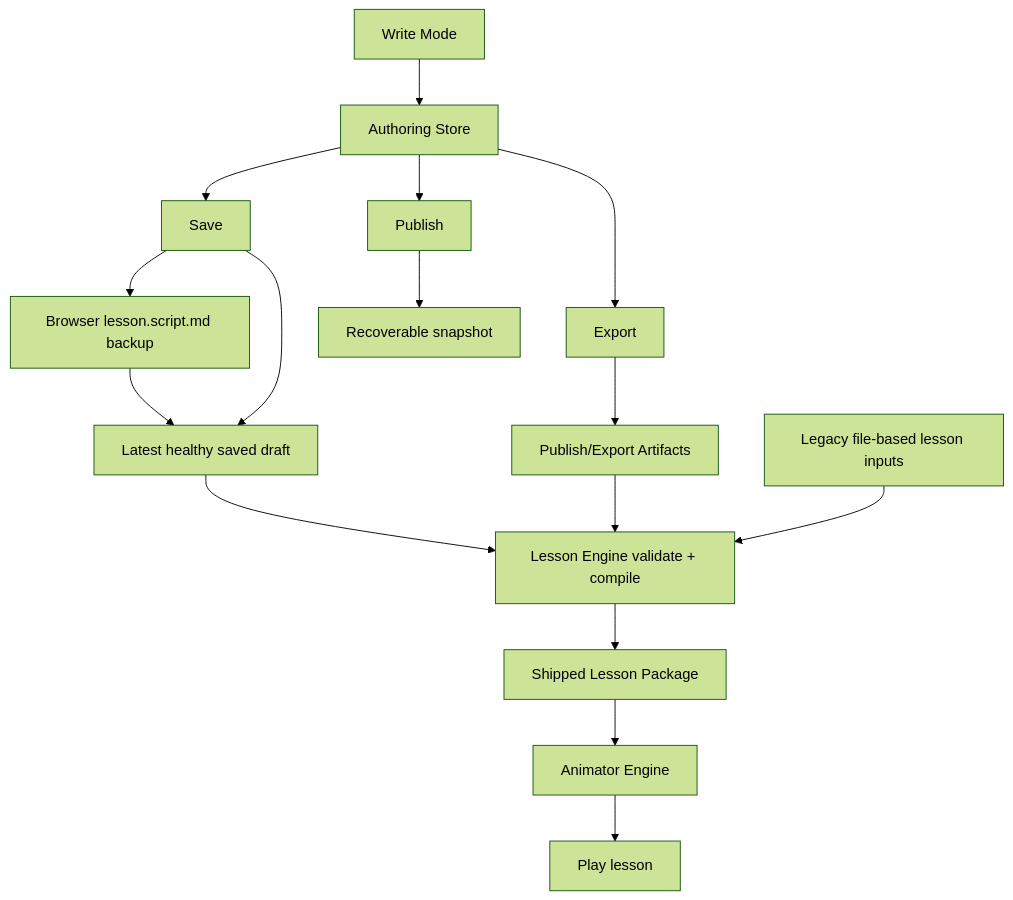
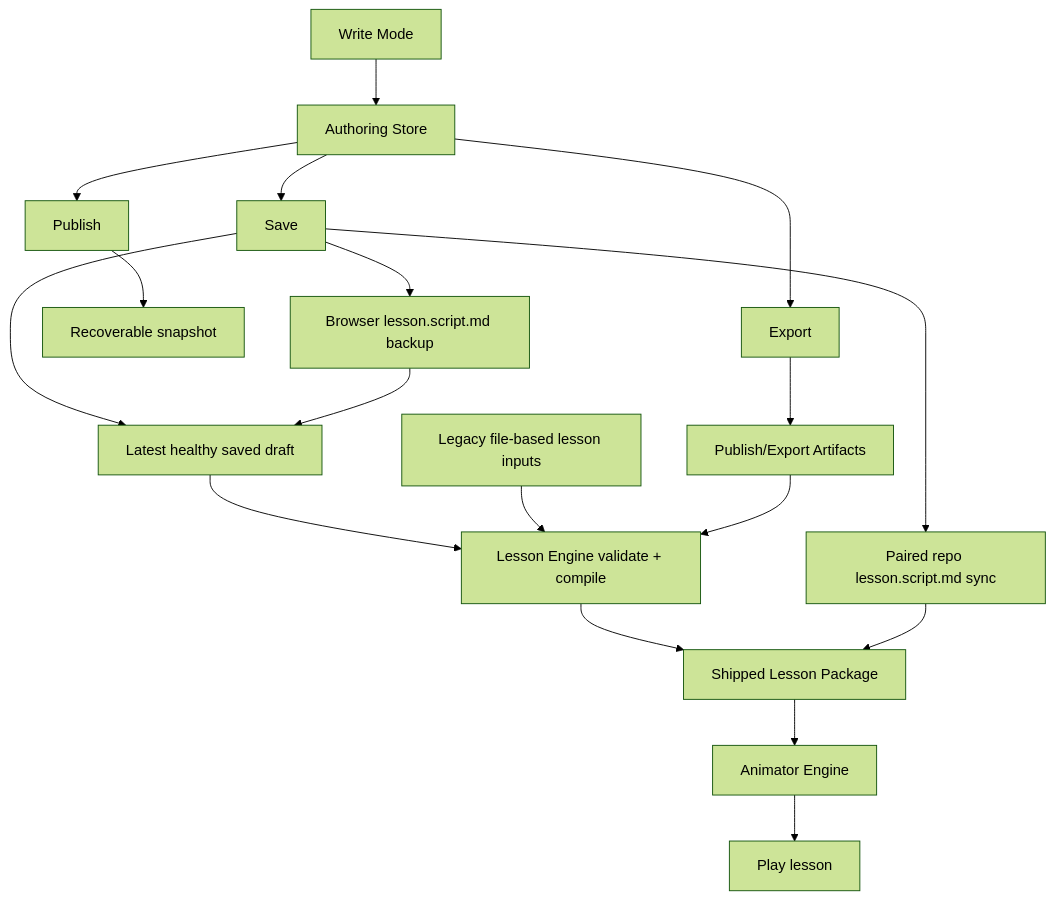
The diagram in .agents/business-logic/software/lesson-authoring/architecture/LESSON_ARCHITECTURE.md (shomsy/step-by-step-animator), drawn with Mermaid (forest theme) before and after one commit. The commit also changed other lines of this file and 367 other files, not shown here.

````diff
--- a/.agents/business-logic/software/lesson-authoring/architecture/LESSON_ARCHITECTURE.md
+++ b/.agents/business-logic/software/lesson-authoring/architecture/LESSON_ARCHITECTURE.md
@@ -32,21 +33,23 @@
 ```mermaid
 flowchart TD
   A[Write Mode] --> B[Authoring Store]
   B --> C[Save]
   C --> D[Browser lesson.script.md backup]
-  C --> E[Latest healthy saved draft]
-  D --> E
-  E --> F[Lesson Engine validate + compile]
-  F --> G[Shipped Lesson Package]
-  G --> H[Animator Engine]
-  H --> I[Play lesson]
+  C --> E[Paired repo lesson.script.md sync]
+  C --> F[Latest healthy saved draft]
+  D --> F
+  F --> G[Lesson Engine validate + compile]
+  G --> H[Shipped Lesson Package]
+  H --> I[Animator Engine]
+  I --> J[Play lesson]
 
-  B --> J[Publish]
-  J --> K[Recoverable snapshot]
+  B --> K[Publish]
+  K --> L[Recoverable snapshot]
 
-  B --> L[Export]
-  L --> M[Publish/Export Artifacts]
+  B --> M[Export]
+  M --> N[Publish/Export Artifacts]
 
-  N[Legacy file-based lesson inputs] --> F
-  M --> F
+  O[Legacy file-based lesson inputs] --> G
+  E --> H
+  N --> G
 ```
````
